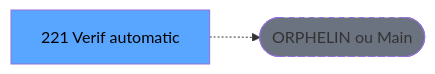
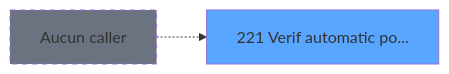
The second of 3 diagrams in .openspec/specs/ADH-IDE-221.md (thonyAGP/magic-migration), drawn with Mermaid before and after one commit. The commit also changed other lines of this file and 493 other files, not shown here.

````diff
--- a/.openspec/specs/ADH-IDE-221.md
+++ b/.openspec/specs/ADH-IDE-221.md
@@ -122,8 +184,8 @@
 ```mermaid
 graph LR
-    T[221 Verif automatic]
-    ORPHAN([ORPHELIN ou Main])
-    T -.-> ORPHAN
-    style T fill:#58a6ff,color:#000
-    style ORPHAN fill:#6b7280,stroke-dasharray: 5 5
+    T221[221 Verif automatic po...]
+    style T221 fill:#58a6ff
+    NONE[Aucun caller]
+    NONE -.-> T221
+    style NONE fill:#6b7280,stroke-dasharray: 5 5
 ```
````
